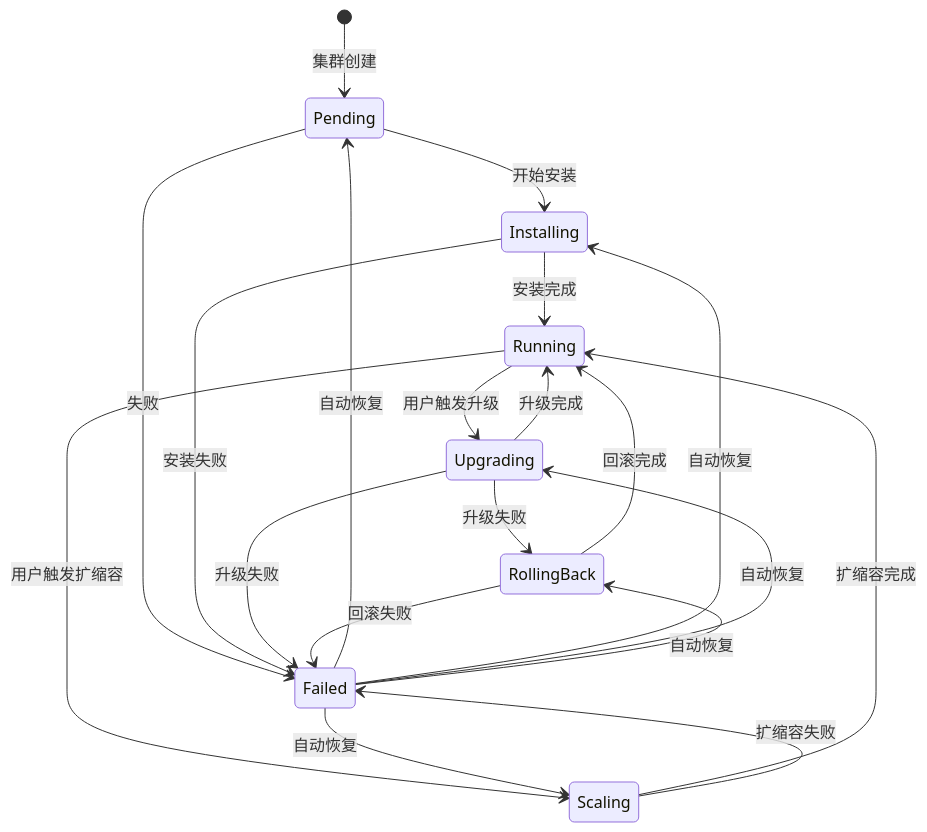
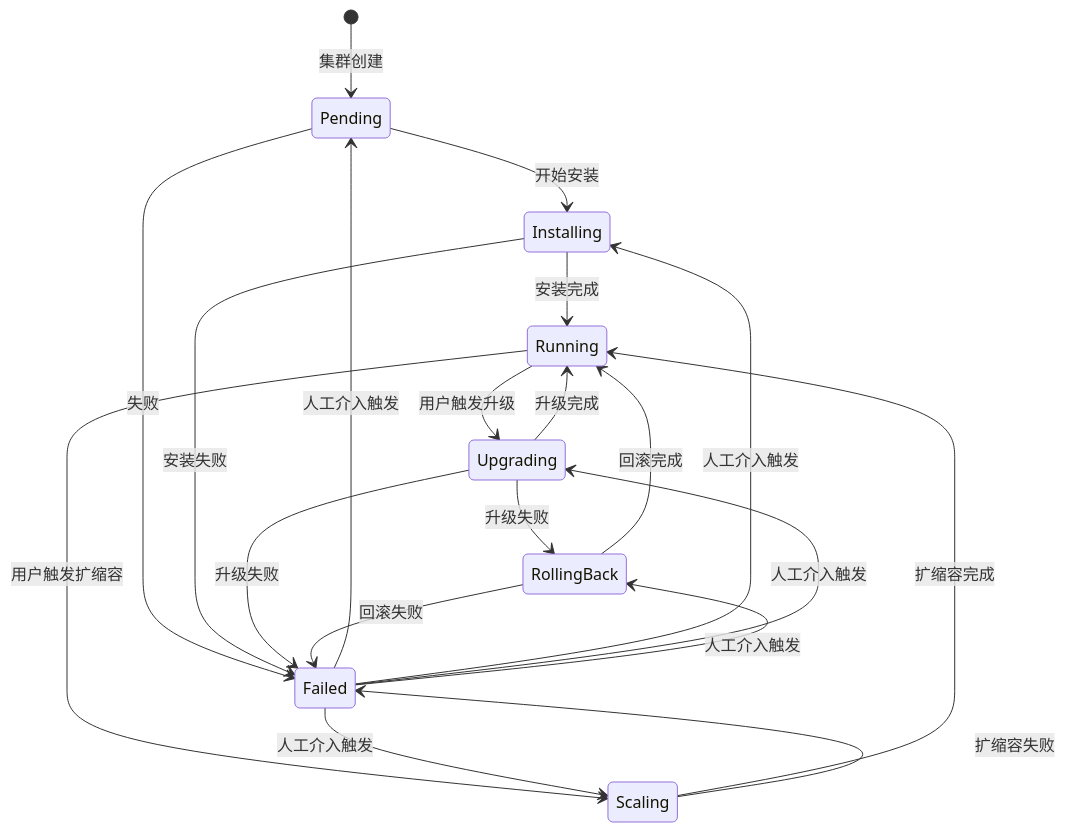
Before and after one commit to javadoors/cluster-api-provider-bke: the first of 3 diagrams in code/kep/kep6/kep6-state-machine-v3.md, drawn with Mermaid. The commit also changed other lines of this file, not shown here.

First line of the commit message:
docs: 统一 Failed 状态恢复机制为人工介入触发

````diff
--- a/code/kep/kep6/kep6-state-machine-v3.md
+++ b/code/kep/kep6/kep6-state-machine-v3.md
@@ -250,29 +250,29 @@
 ```mermaid
 stateDiagram-v2
     [*] --> Pending : 集群创建
     
     Pending --> Installing : 开始安装
     Pending --> Failed : 失败
     
     Installing --> Running : 安装完成
     Installing --> Failed : 安装失败
     
     Running --> Upgrading : 用户触发升级
     Running --> Scaling : 用户触发扩缩容
     
     Upgrading --> Running : 升级完成
     Upgrading --> RollingBack : 升级失败
     Upgrading --> Failed : 升级失败
     
     RollingBack --> Running : 回滚完成
     RollingBack --> Failed : 回滚失败
     
     Scaling --> Running : 扩缩容完成
     Scaling --> Failed : 扩缩容失败
     
-    Failed --> Pending : 自动恢复
-    Failed --> Installing : 自动恢复
-    Failed --> Upgrading : 自动恢复
-    Failed --> Scaling : 自动恢复
-    Failed --> RollingBack : 自动恢复
+    Failed --> Pending : 人工介入触发
+    Failed --> Installing : 人工介入触发
+    Failed --> Upgrading : 人工介入触发
+    Failed --> Scaling : 人工介入触发
+    Failed --> RollingBack : 人工介入触发
 ```
````
